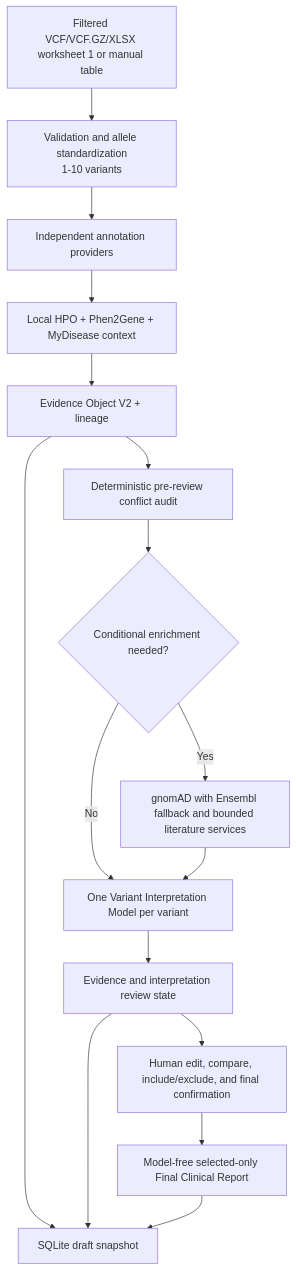
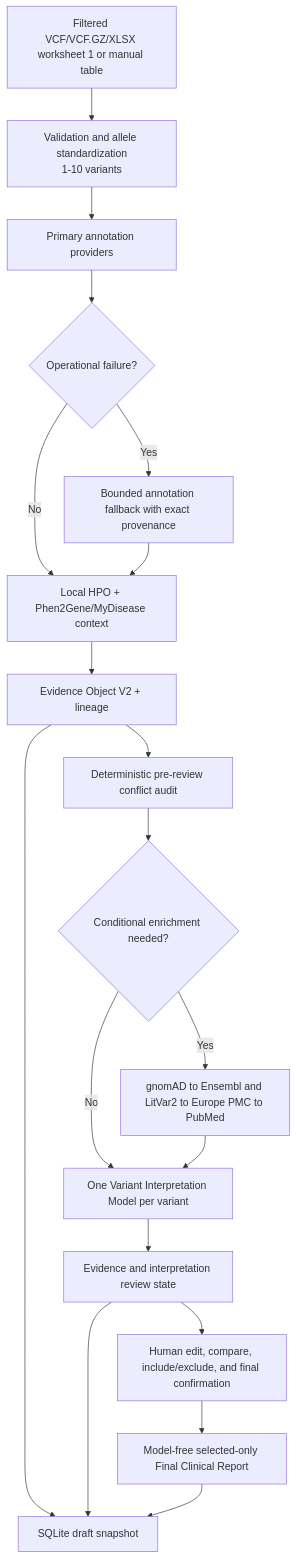
Before and after one commit to parhamKIY/CLINCAL_VARIANT_WEB_APPLICATION: the second of 2 diagrams in docs/PROJECT_DECLARATION.md, drawn with Mermaid. The commit also changed other lines of this file and 4 other files, not shown here.

````diff
--- a/docs/PROJECT_DECLARATION.md
+++ b/docs/PROJECT_DECLARATION.md
@@ -392,18 +399,21 @@
 ```mermaid
 flowchart TD
     U["Filtered VCF/VCF.GZ/XLSX worksheet 1 or manual table"] --> V["Validation and allele standardization<br/>1-10 variants"]
-    V --> A["Independent annotation providers"]
-    A --> P["Local HPO + Phen2Gene + MyDisease context"]
+    V --> A["Primary annotation providers"]
+    A --> AO{"Operational failure?"}
+    AO -- No --> P["Local HPO + Phen2Gene/MyDisease context"]
+    AO -- Yes --> AF["Bounded annotation fallback with exact provenance"]
+    AF --> P
     P --> E["Evidence Object V2 + lineage"]
     E --> C1["Deterministic pre-review conflict audit"]
     C1 --> CE{"Conditional enrichment needed?"}
-    CE -- Yes --> X["gnomAD with Ensembl fallback and bounded literature services"]
+    CE -- Yes --> X["gnomAD to Ensembl and LitVar2 to Europe PMC to PubMed"]
     CE -- No --> VI
     X --> VI["One Variant Interpretation Model per variant"]
     VI --> D["Evidence and interpretation review state"]
     D --> H["Human edit, compare, include/exclude, and final confirmation"]
     H --> F["Model-free selected-only Final Clinical Report"]
     E --> DB["SQLite draft snapshot"]
     D --> DB
     F --> DB
 ```
````
